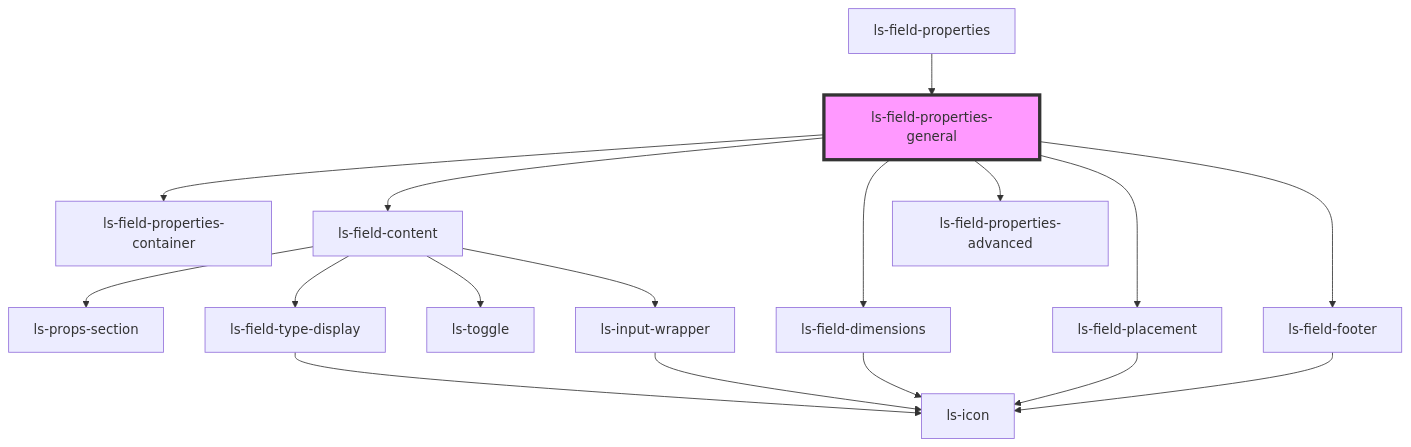
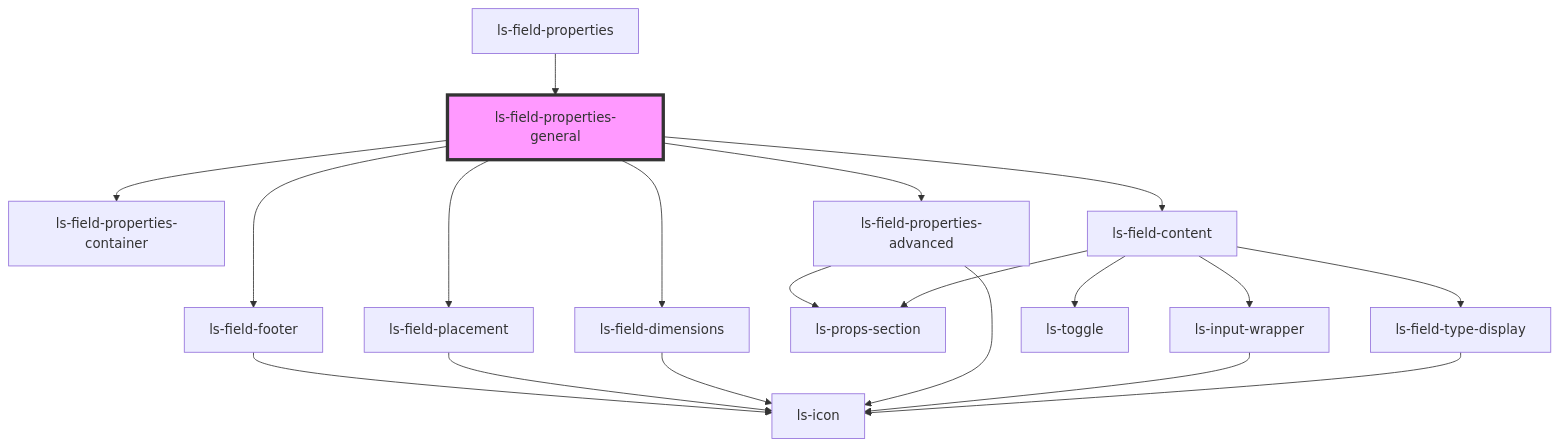
The diagram in src/components/ls-field-properties-general/readme.md (legalesign/ls-document-viewer), drawn with Mermaid before and after one commit. The commit also changed 31 other files, not shown here.

````diff
--- a/src/components/ls-field-properties-general/readme.md
+++ b/src/components/ls-field-properties-general/readme.md
@@ -31,20 +31,22 @@
 ```mermaid
 graph TD;
   ls-field-properties-general --> ls-field-properties-container
   ls-field-properties-general --> ls-field-content
+  ls-field-properties-general --> ls-field-properties-advanced
   ls-field-properties-general --> ls-field-dimensions
-  ls-field-properties-general --> ls-field-properties-advanced
   ls-field-properties-general --> ls-field-placement
   ls-field-properties-general --> ls-field-footer
   ls-field-content --> ls-props-section
   ls-field-content --> ls-field-type-display
   ls-field-content --> ls-toggle
   ls-field-content --> ls-input-wrapper
   ls-field-type-display --> ls-icon
   ls-input-wrapper --> ls-icon
+  ls-field-properties-advanced --> ls-icon
+  ls-field-properties-advanced --> ls-props-section
   ls-field-dimensions --> ls-icon
   ls-field-placement --> ls-icon
   ls-field-footer --> ls-icon
   ls-field-properties --> ls-field-properties-general
   style ls-field-properties-general fill:#f9f,stroke:#333,stroke-width:4px
 ```
````
